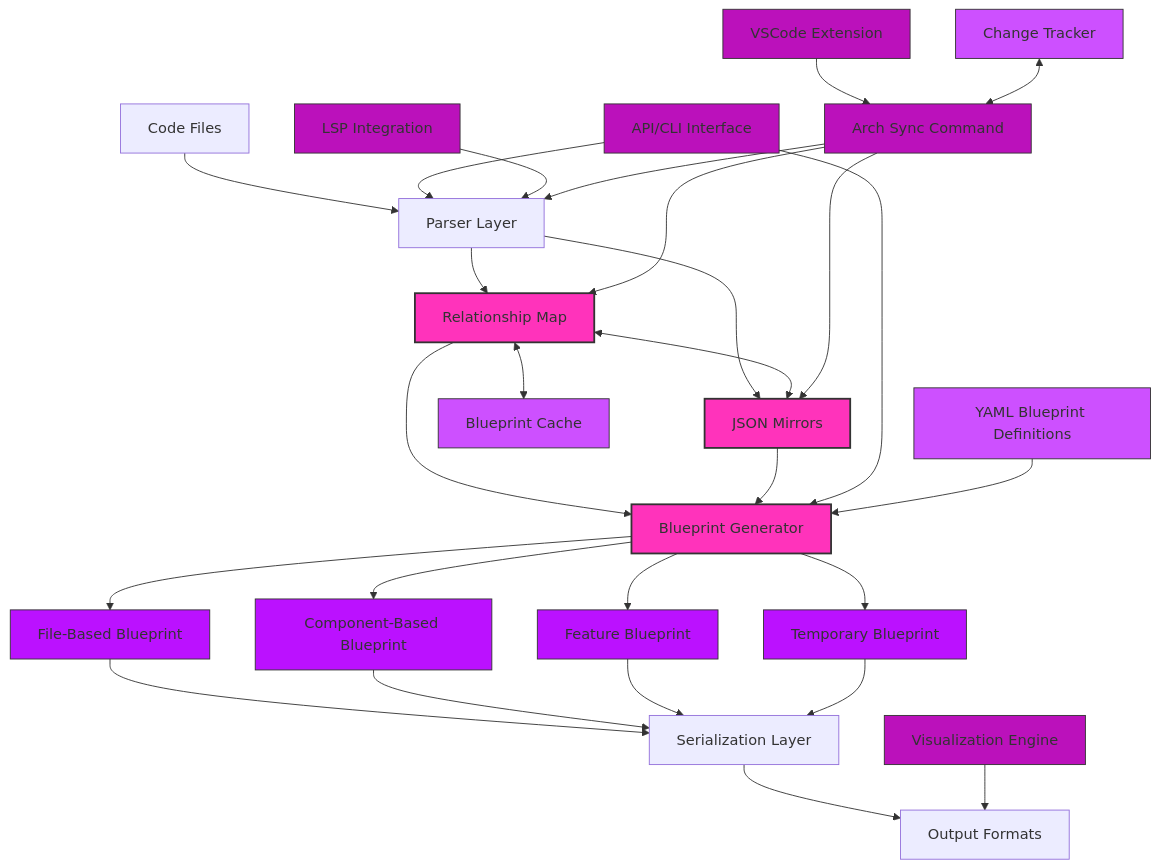
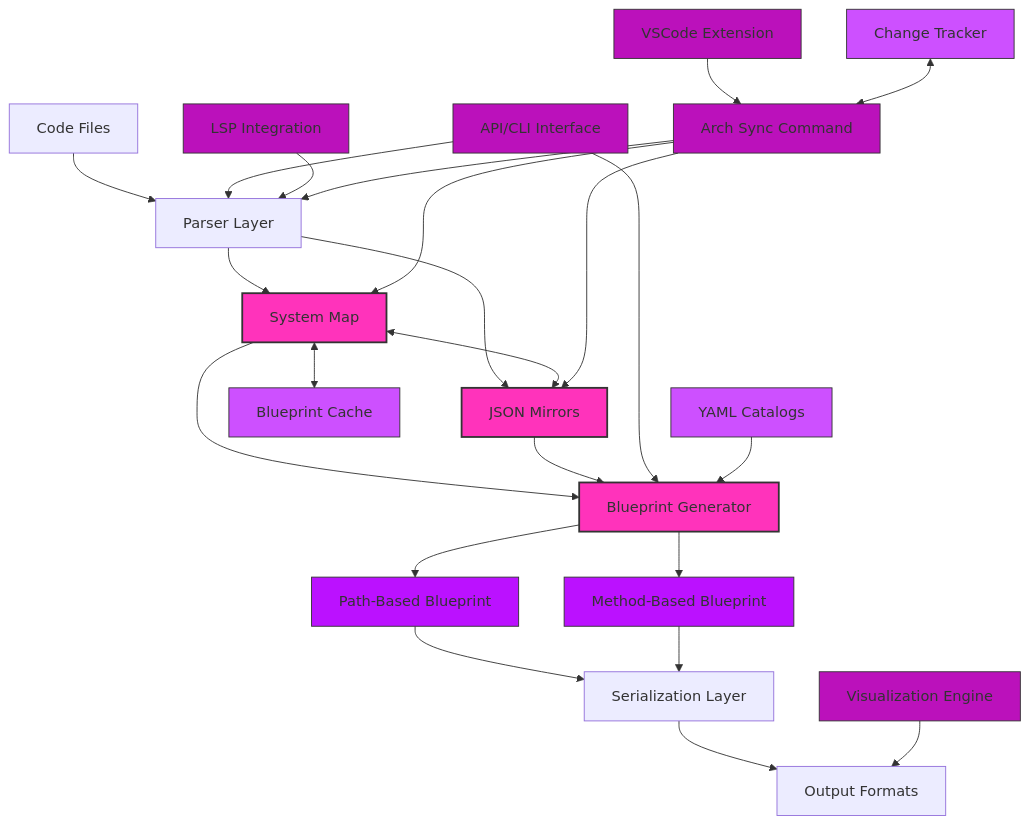
One commit to flyingwolf1701/architectum_new changed the first of 3 diagrams in docs/architecture.md. Above: the diagram before and after it, drawn with Mermaid. The commit also changed other lines of this file and 3 other files, not shown here.

````diff
--- a/docs/architecture.md
+++ b/docs/architecture.md
@@ -15,45 +14,41 @@
 ```mermaid
 graph TD
     classDef coreComponents fill:#f3bf,stroke:#333,stroke-width:2px
     classDef interfaces fill:#b1bf,stroke:#333,stroke-width:1px
     classDef dataStores fill:#b1fb,stroke:#333,stroke-width:1px
     classDef blueprints fill:#b1ff,stroke:#333,stroke-width:1px
 
     A[Code Files] --> B[Parser Layer]
-    B --> C[Relationship Map]:::coreComponents
+    B --> C[System Map]:::coreComponents
     B --> M[JSON Mirrors]:::coreComponents
     C <--> M
     
     C --> BP[Blueprint Generator]:::coreComponents
     M --> BP
     
-    BP --> FB[File-Based Blueprint]:::blueprints
-    BP --> CB[Component-Based Blueprint]:::blueprints
-    BP --> FEB[Feature Blueprint]:::blueprints
-    BP --> TB[Temporary Blueprint]:::blueprints
+    BP --> PB[Path-Based Blueprint]:::blueprints
+    BP --> MB[Method-Based Blueprint]:::blueprints
     
-    FB --> E[Serialization Layer]
-    CB --> E
-    FEB --> E
-    TB --> E
+    PB --> E[Serialization Layer]
+    MB --> E
     E --> F[Output Formats]
     
     G[API/CLI Interface]:::interfaces --> B
     G --> BP
     
     C <--> H[Blueprint Cache]:::dataStores
     
     I[LSP Integration]:::interfaces --> B
     
     J[Visualization Engine]:::interfaces --> F
     
     K[Arch Sync Command]:::interfaces --> B
     K --> C
     K --> M
     
-    Y[YAML Blueprint Definitions]:::dataStores --> BP
+    Y[YAML Catalogs]:::dataStores --> BP
     
     L[VSCode Extension]:::interfaces --> K
     
     N[Change Tracker]:::dataStores <--> K
 ```
````
